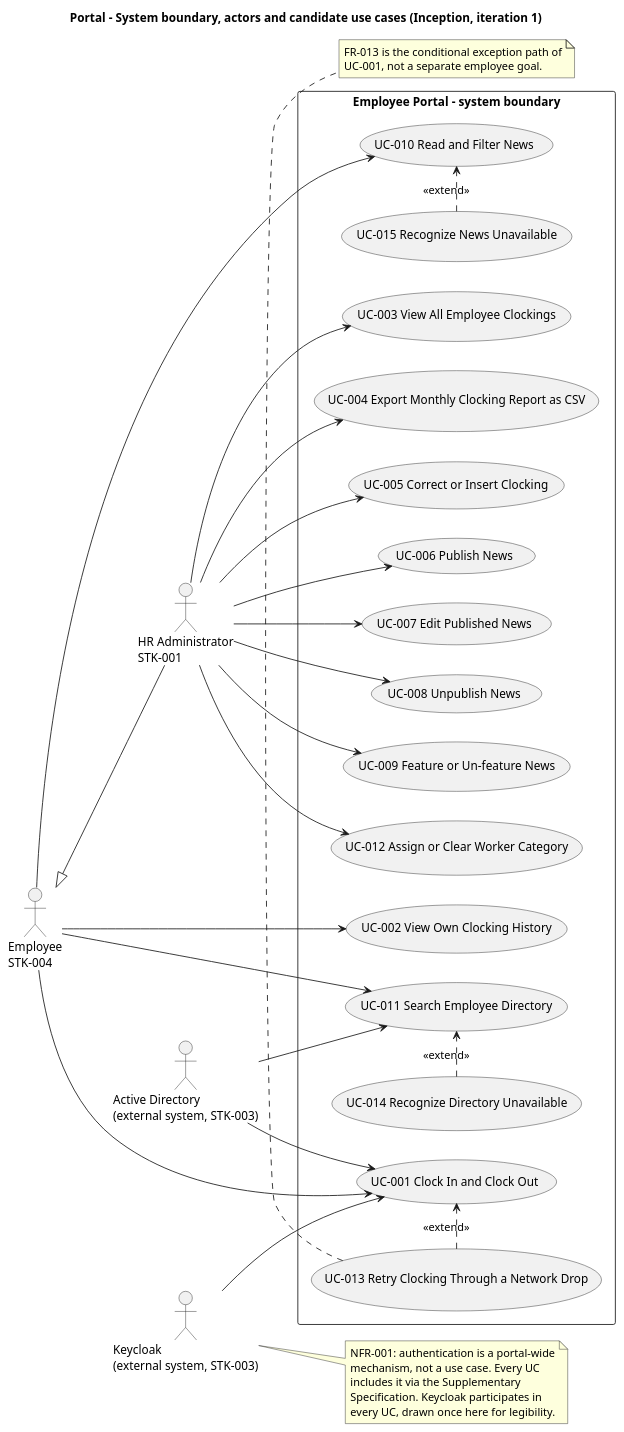
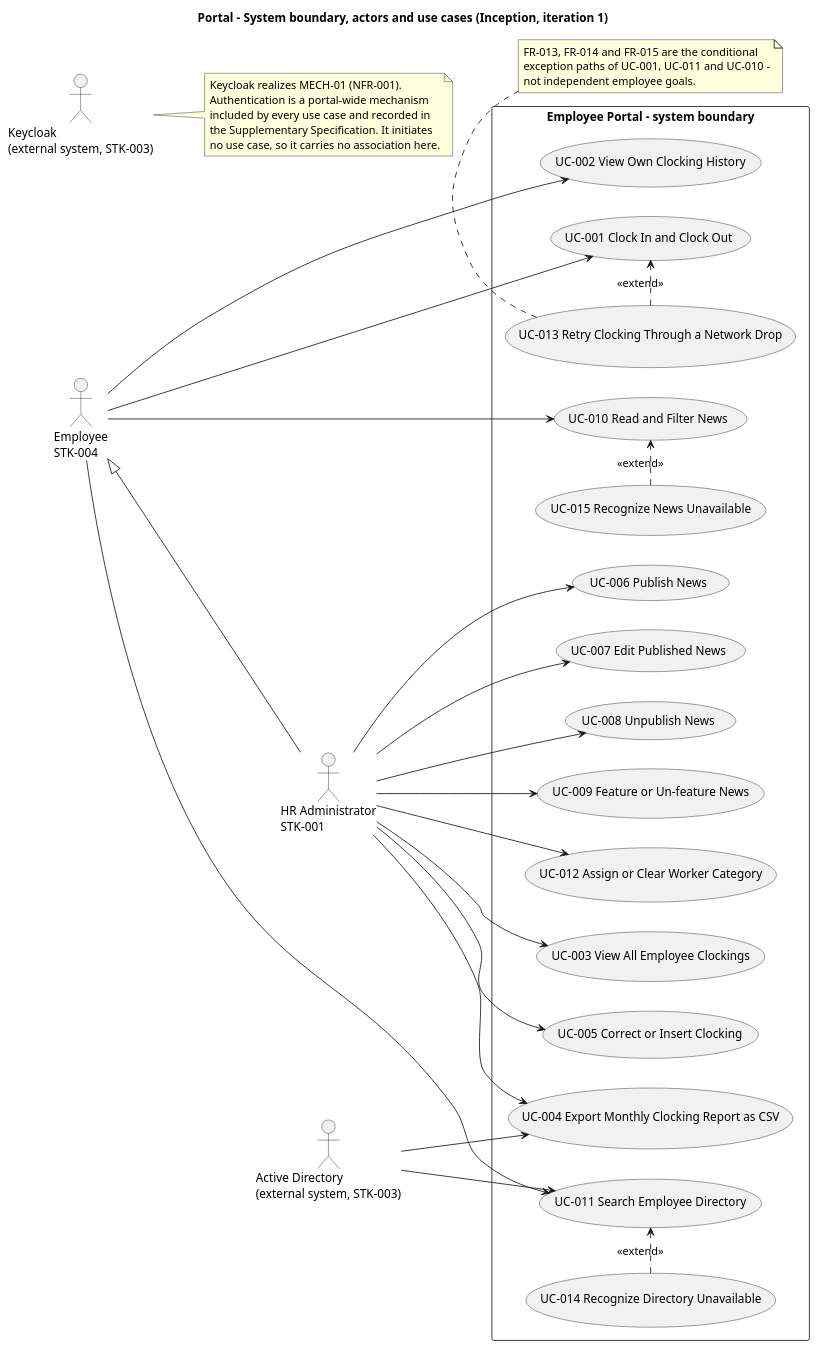
One commit to banense-test/portal changed the first of 6 diagrams in docs/artifacts/requirements/use-case-model.md. Above: the diagram before and after it, drawn with PlantUML. The commit also changed other lines of this file, not shown here.

First line of the commit message:
System Analyst [I1]: upsert Use-Case Model

````diff
--- a/docs/artifacts/requirements/use-case-model.md
+++ b/docs/artifacts/requirements/use-case-model.md
@@ -13,66 +13,66 @@
 ```plantuml
 @startuml
-title Portal - System boundary, actors and candidate use cases (Inception, iteration 1)
+title Portal - System boundary, actors and use cases (Inception, iteration 1)
 
 left to right direction
 
 actor "Employee\nSTK-004" as EMP
 actor "HR Administrator\nSTK-001" as HR
 actor "Active Directory\n(external system, STK-003)" as AD
 actor "Keycloak\n(external system, STK-003)" as KC
 
 EMP <|-- HR
 
 rectangle "Employee Portal - system boundary" {
   usecase "UC-001 Clock In and Clock Out" as UC001
   usecase "UC-002 View Own Clocking History" as UC002
   usecase "UC-003 View All Employee Clockings" as UC003
   usecase "UC-004 Export Monthly Clocking Report as CSV" as UC004
   usecase "UC-005 Correct or Insert Clocking" as UC005
   usecase "UC-006 Publish News" as UC006
   usecase "UC-007 Edit Published News" as UC007
   usecase "UC-008 Unpublish News" as UC008
   usecase "UC-009 Feature or Un-feature News" as UC009
   usecase "UC-010 Read and Filter News" as UC010
   usecase "UC-011 Search Employee Directory" as UC011
   usecase "UC-012 Assign or Clear Worker Category" as UC012
   usecase "UC-013 Retry Clocking Through a Network Drop" as UC013
   usecase "UC-014 Recognize Directory Unavailable" as UC014
   usecase "UC-015 Recognize News Unavailable" as UC015
 }
 
 EMP --> UC001
 EMP --> UC002
 EMP --> UC010
 EMP --> UC011
 HR --> UC003
 HR --> UC004
 HR --> UC005
 HR --> UC006
 HR --> UC007
 HR --> UC008
 HR --> UC009
 HR --> UC012
 
 UC013 .> UC001 : <<extend>>
 UC014 .> UC011 : <<extend>>
 UC015 .> UC010 : <<extend>>
 
 AD --> UC011
-AD --> UC001
-KC --> UC001
+AD --> UC004
 
 note right of KC
-  NFR-001: authentication is a portal-wide
-  mechanism, not a use case. Every UC
-  includes it via the Supplementary
-  Specification. Keycloak participates in
-  every UC, drawn once here for legibility.
+  Keycloak realizes MECH-01 (NFR-001).
+  Authentication is a portal-wide mechanism
+  included by every use case and recorded in
+  the Supplementary Specification. It initiates
+  no use case, so it carries no association here.
 end note
 
 note bottom of UC013
-  FR-013 is the conditional exception path of
-  UC-001, not a separate employee goal.
+  FR-013, FR-014 and FR-015 are the conditional
+  exception paths of UC-001, UC-011 and UC-010 -
+  not independent employee goals.
 end note
 @enduml
 ```
````
